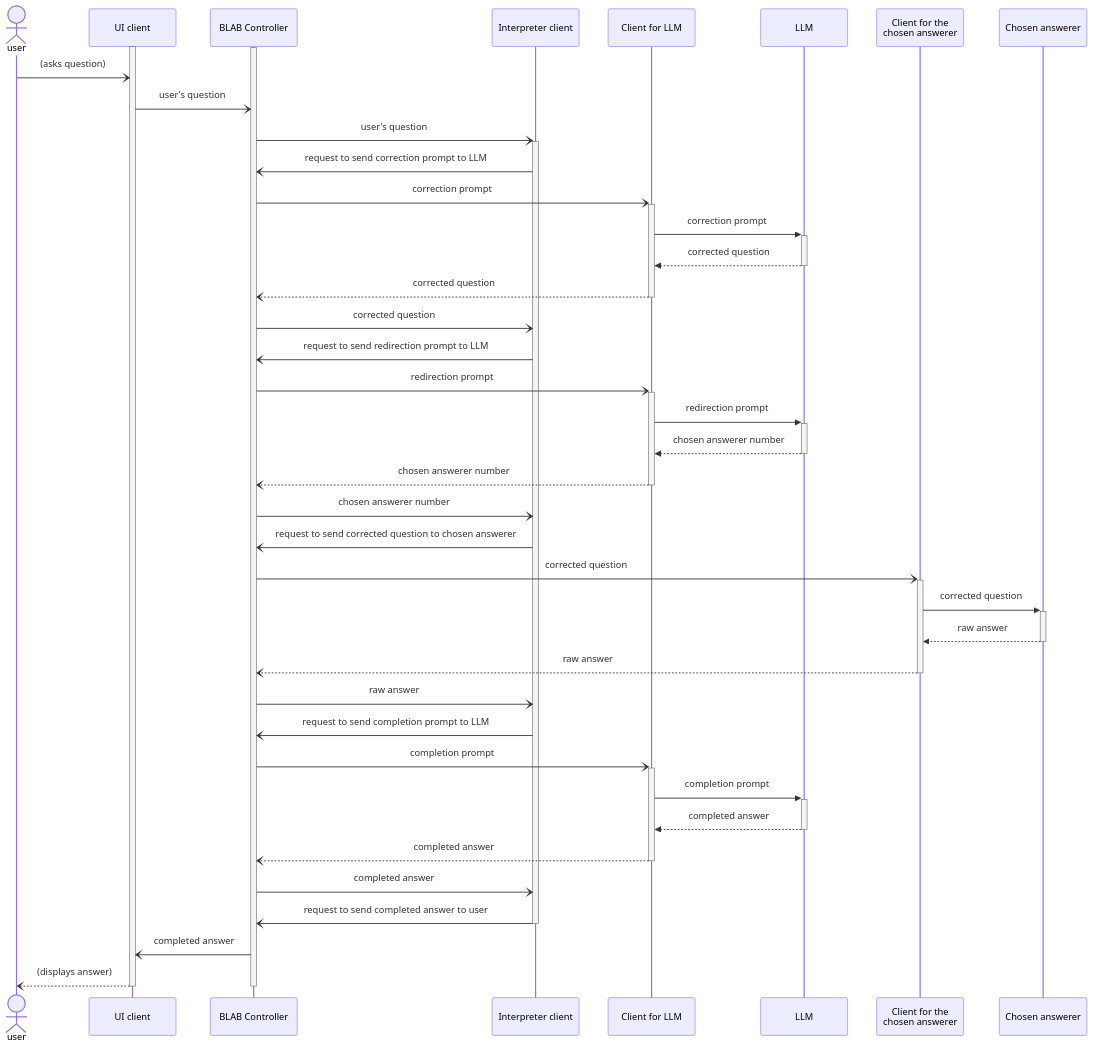
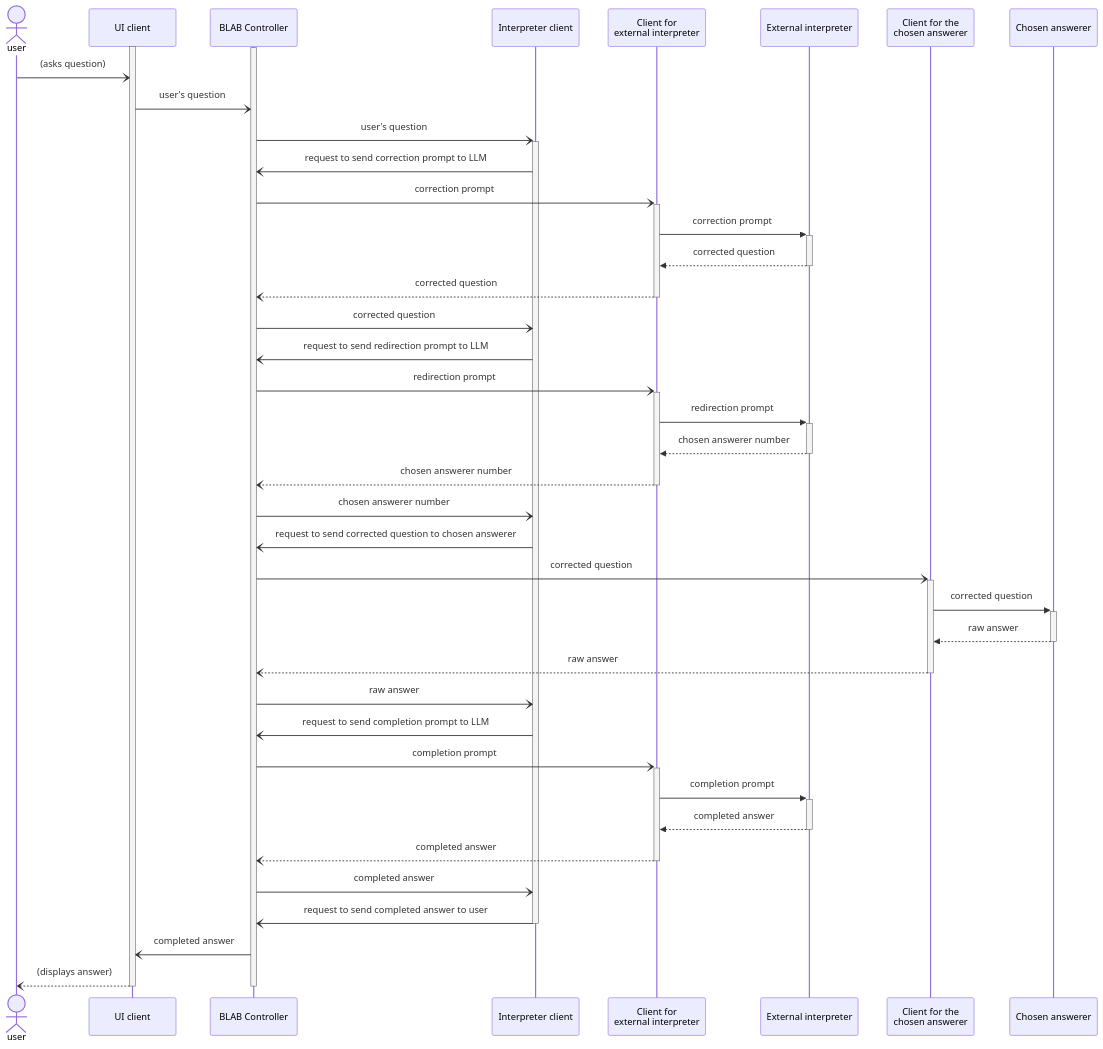
The diagram in docs/sequence_diagram.md (C4AI/blab-chatbot-interpreter), drawn with Mermaid before and after one commit. The commit also changed other lines of this file, not shown here.

Commit message:
Rename references to the LLM in the diagram

````diff
--- a/docs/sequence_diagram.md
+++ b/docs/sequence_diagram.md
@@ -8,56 +8,56 @@
 ```mermaid
 sequenceDiagram
 
   actor user as user
   participant ui as UI client
   participant controller as BLAB Controller
   participant interpreter as Interpreter client
-  participant llm_client as Client for LLM
-  participant llm as LLM 
+  participant llm_client as Client for<br/>external interpreter
+  participant llm as External interpreter 
   participant answerer_client as Client for the<br/>chosen answerer
   participant answerer as Chosen answerer
   
   activate ui
   activate controller
   
   user-)ui:       (asks question)
   ui-)controller: user's question
   
   controller-)+interpreter: user's question
 
   interpreter-)controller: request to send correction prompt to LLM
   controller-)+llm_client: correction prompt
   llm_client->>+llm: correction prompt
   llm-->>-llm_client: corrected question
   llm_client--)-controller: corrected question 
   controller-)interpreter: corrected question 
   
   interpreter-)controller: request to send redirection prompt to LLM
   controller-)+llm_client: redirection prompt
   llm_client->>+llm: redirection prompt
   llm-->>-llm_client: chosen answerer number
   llm_client--)-controller: chosen answerer number
   controller-)interpreter: chosen answerer number
   
   interpreter-)controller: request to send corrected question to chosen answerer
   controller-)+answerer_client: corrected question
   answerer_client->>+answerer: corrected question
   answerer-->>-answerer_client: raw answer
   answerer_client--)-controller: raw answer
   controller-)interpreter: raw answer
   
   interpreter-)controller: request to send completion prompt to LLM
   controller-)+llm_client: completion prompt
   llm_client->>+llm: completion prompt
   llm-->>-llm_client: completed answer
   llm_client--)-controller: completed answer
   controller-)interpreter: completed answer
   
   interpreter-)-controller: request to send completed answer to user
   controller-)ui: completed answer
   ui--)user: (displays answer) 
   
   deactivate ui
   deactivate controller
   
 ```
````
